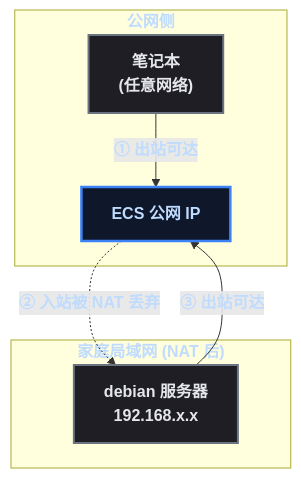
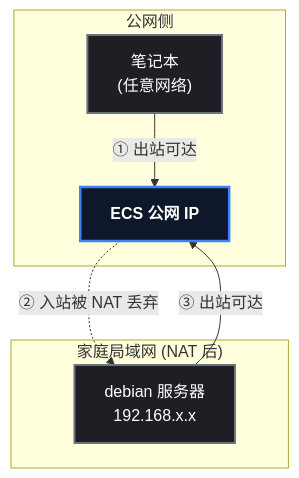
Before and after one commit to yaocat55/yaocat55.github.io: the first of 2 diagrams in content/posts/linux/SSHReverseTunnelIntranetAccess.md, drawn with Mermaid. The commit also changed other lines of this file and 27 other files, not shown here.

Commit message:
docs: 全系列 93 张 Mermaid 图 classDef 改为 style 强制深底白字(修复部分渲染器白底浅字)+历史文件格式清理

````diff
--- a/content/posts/linux/SSHReverseTunnelIntranetAccess.md
+++ b/content/posts/linux/SSHReverseTunnelIntranetAccess.md
@@ -49,18 +49,16 @@
 ```mermaid
 flowchart TD
     subgraph WAI["公网侧"]
         U["笔记本\n(任意网络)"]
         S["ECS 公网 IP"]
     end
     subgraph LAN["家庭局域网 (NAT 后)"]
         D["debian 服务器\n192.168.x.x"]
     end
     U -->|"① 出站可达"| S
     S -.->|"② 入站被 NAT 丢弃"| D
     D -->|"③ 出站可达"| S
-    classDef root fill:#0f172a,stroke:#3b82f6,stroke-width:2.5px,color:#bfdbfe,font-weight:bold;
-    classDef reject fill:#450a0a,stroke:#dc2626,stroke-width:2px,color:#fecaca,font-weight:bold;
-    classDef process fill:#1e1e24,stroke:#6b7280,stroke-width:2px,color:#e5e7eb;
-    class S root;
-    class U,D process;
+    style S fill:#0f172a,stroke:#3b82f6,stroke-width:2.5px,color:#ffffff,font-weight:bold
+    style U fill:#1e1e24,stroke:#6b7280,stroke-width:2px,color:#ffffff
+    style D fill:#1e1e24,stroke:#6b7280,stroke-width:2px,color:#ffffff
 ```
````
